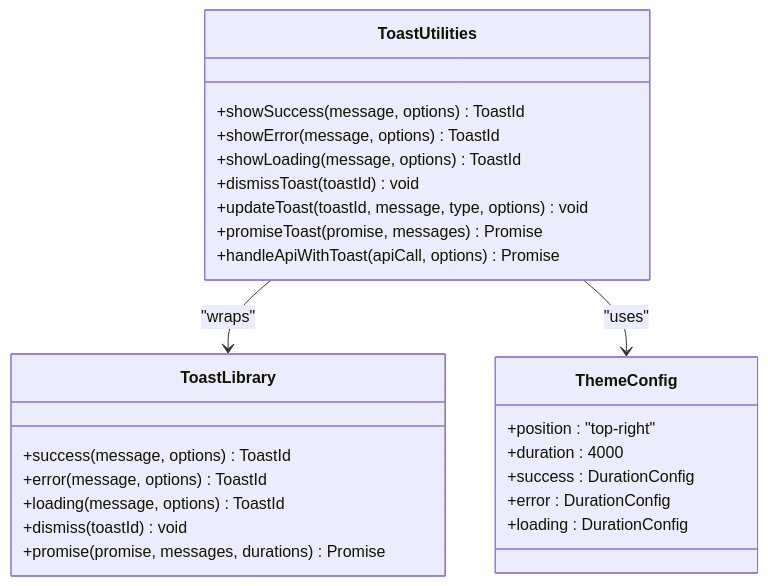
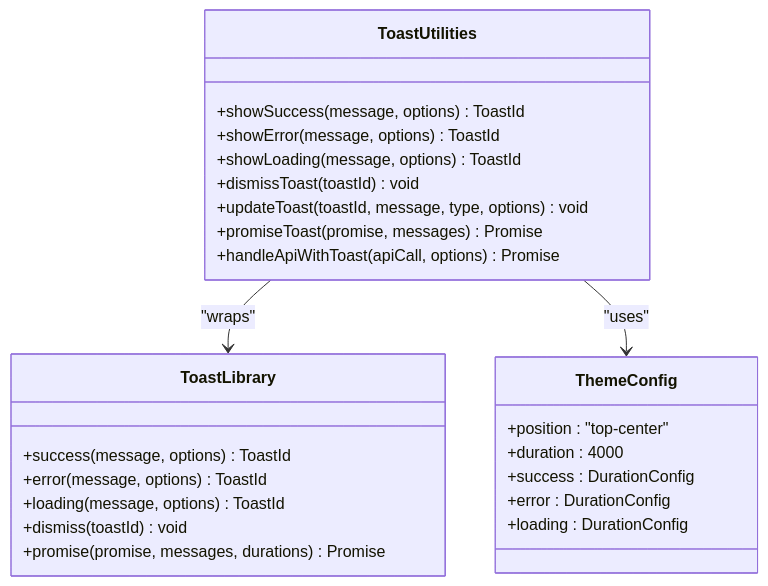
Before and after one commit to Aryan9060/Timetable-Project: the second of 7 diagrams in .qoder/repowiki/en/content/Frontend Architecture/Toast Notification System.md, drawn with Mermaid. The commit also changed other lines of this file and 48 other files, not shown here.

````diff
--- a/.qoder/repowiki/en/content/Frontend Architecture/Toast Notification System.md
+++ b/.qoder/repowiki/en/content/Frontend Architecture/Toast Notification System.md
@@ -81,28 +88,28 @@
 ```mermaid
 classDiagram
 class ToastUtilities {
 +showSuccess(message, options) ToastId
 +showError(message, options) ToastId
 +showLoading(message, options) ToastId
 +dismissToast(toastId) void
 +updateToast(toastId, message, type, options) void
 +promiseToast(promise, messages) Promise
 +handleApiWithToast(apiCall, options) Promise
 }
 class ToastLibrary {
 +success(message, options) ToastId
 +error(message, options) ToastId
 +loading(message, options) ToastId
 +dismiss(toastId) void
 +promise(promise, messages, durations) Promise
 }
 class ThemeConfig {
-+position : "top-right"
++position : "top-center"
 +duration : 4000
 +success : DurationConfig
 +error : DurationConfig
 +loading : DurationConfig
 }
 ToastUtilities --> ToastLibrary : "wraps"
 ToastUtilities --> ThemeConfig : "uses"
 ```
````
